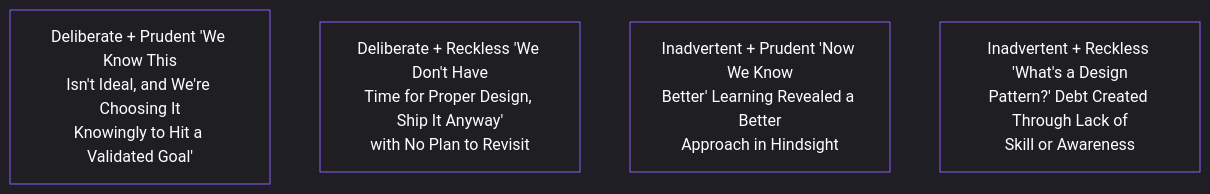
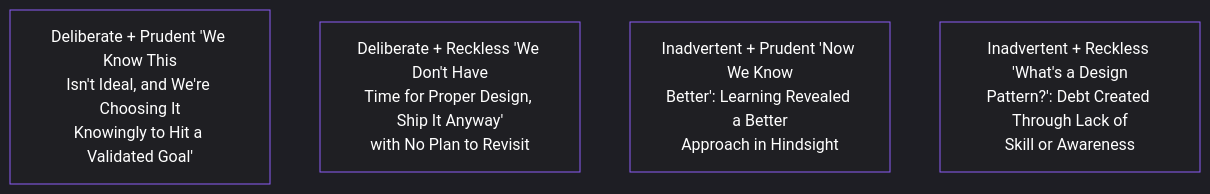
One commit to pmacademy-app/web changed the first of 3 diagrams in content/lessons/lesson-039.md. Above: the diagram before and after it, drawn with Mermaid. The commit also changed other lines of this file and 275 other files, not shown here.

````diff
--- a/content/lessons/lesson-039.md
+++ b/content/lessons/lesson-039.md
@@ -53,37 +53,37 @@
 ```mermaid
 %%{init: {
   "theme": "dark",
   "themeVariables": {
     "background": "#0b0b0c",
     "primaryColor": "#1f1f23",
     "primaryTextColor": "#ffffff",
     "primaryBorderColor": "#8b5cf6",
     "lineColor": "#d1d5db",
     "secondaryColor": "#18181b",
     "tertiaryColor": "#111111",
     "mainBkg": "#1f1f23",
     "nodeBorder": "#8b5cf6",
     "clusterBkg": "#000000",
     "clusterBorder": "#27272a",
     "titleColor": "#ffffff",
     "edgeLabelBackground": "#0b0b0c",
     "nodeTextColor": "#ffffff",
     "edgeLabelColor": "#ffffff",
     "actorBorder": "#8b5cf6",
     "actorBkg": "#1f1f23",
     "actorTextColor": "#ffffff",
     "sequenceNumberColor": "#ffffff",
     "signalColor": "#8b5cf6",
     "signalTextColor": "#ffffff",
     "textColor": "#ffffff",
     "classText": "#ffffff",
     "classBorder": "#8b5cf6",
     "classBkg": "#1f1f23"
   }
 }}%%
 graph TD
     A["Deliberate + Prudent 'We Know This<br/>Isn't Ideal, and We're Choosing It<br/>Knowingly to Hit a Validated Goal'"]
     B["Deliberate + Reckless 'We Don't Have<br/>Time for Proper Design, Ship It Anyway'<br/>with No Plan to Revisit"]
-    C["Inadvertent + Prudent 'Now We Know<br/>Better' Learning Revealed a Better<br/>Approach in Hindsight"]
-    D["Inadvertent + Reckless 'What's a Design<br/>Pattern?' Debt Created Through Lack of<br/>Skill or Awareness"]
+    C["Inadvertent + Prudent 'Now We Know<br/>Better': Learning Revealed a Better<br/>Approach in Hindsight"]
+    D["Inadvertent + Reckless 'What's a Design<br/>Pattern?': Debt Created Through Lack of<br/>Skill or Awareness"]
 ```
````
